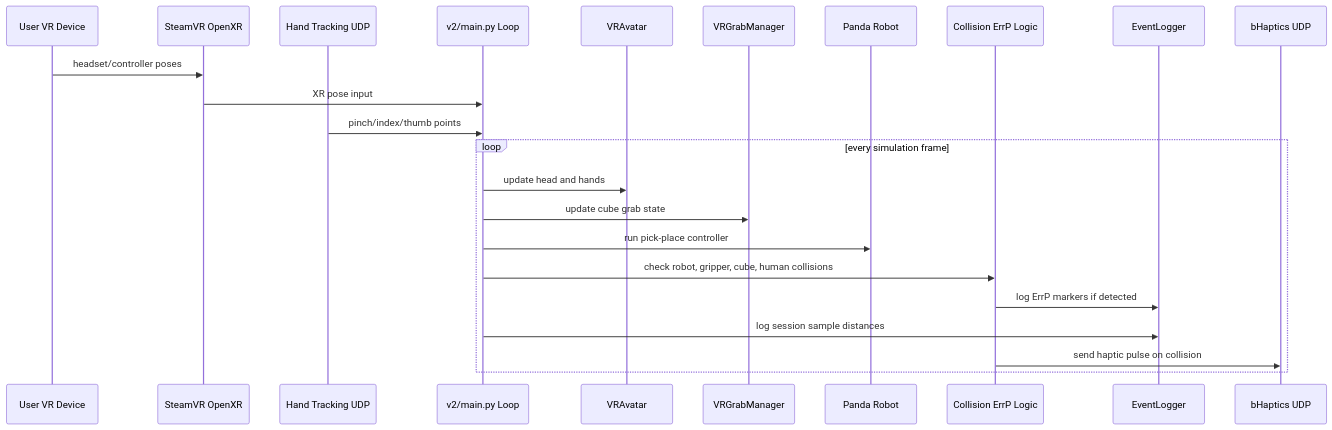
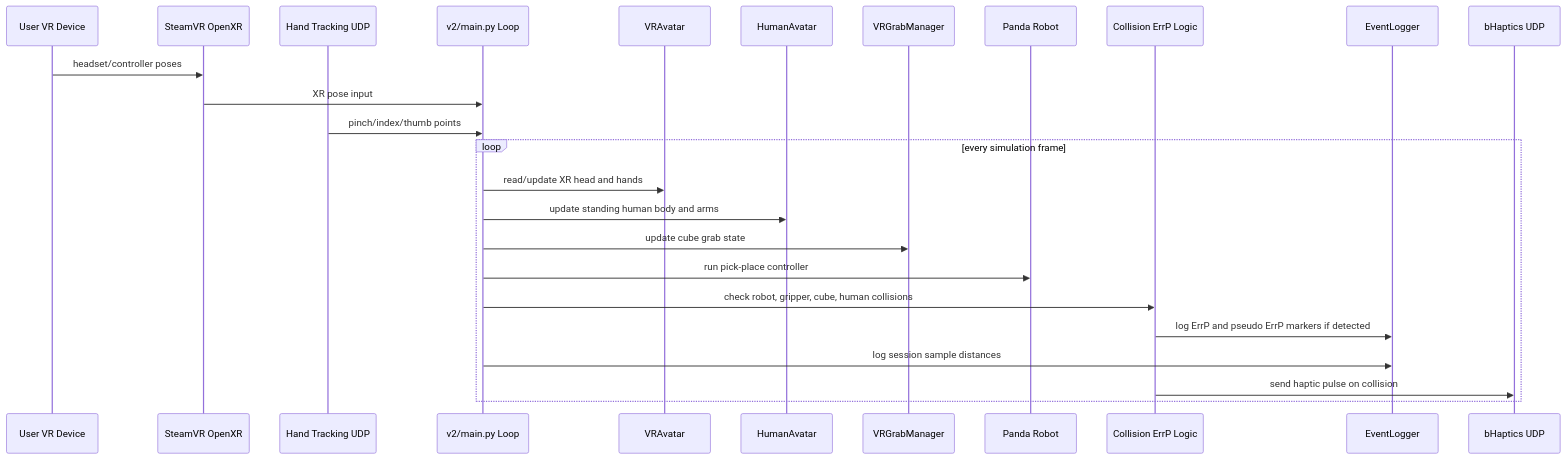
The second of 2 diagrams in docs/pipeline.md (LimChanju/SeRT-Training-Platform), drawn with Mermaid before and after one commit. The commit also changed other lines of this file and 4 other files, not shown here.

Commit message:
feat: add scene human avatar for RL

````diff
--- a/docs/pipeline.md
+++ b/docs/pipeline.md
@@ -78,27 +85,29 @@
 ```mermaid
 sequenceDiagram
     participant U as User VR Device
     participant XR as SteamVR OpenXR
     participant HT as Hand Tracking UDP
     participant M as v2/main.py Loop
     participant A as VRAvatar
+    participant HA as HumanAvatar
     participant G as VRGrabManager
     participant R as Panda Robot
     participant C as Collision ErrP Logic
     participant L as EventLogger
     participant H as bHaptics UDP
 
     U->>XR: headset/controller poses
     XR->>M: XR pose input
     HT->>M: pinch/index/thumb points
 
     loop every simulation frame
-        M->>A: update head and hands
+        M->>A: read/update XR head and hands
+        M->>HA: update standing human body and arms
         M->>G: update cube grab state
         M->>R: run pick-place controller
         M->>C: check robot, gripper, cube, human collisions
-        C->>L: log ErrP markers if detected
+        C->>L: log ErrP and pseudo ErrP markers if detected
         M->>L: log session sample distances
         C->>H: send haptic pulse on collision
     end
 ```
````
